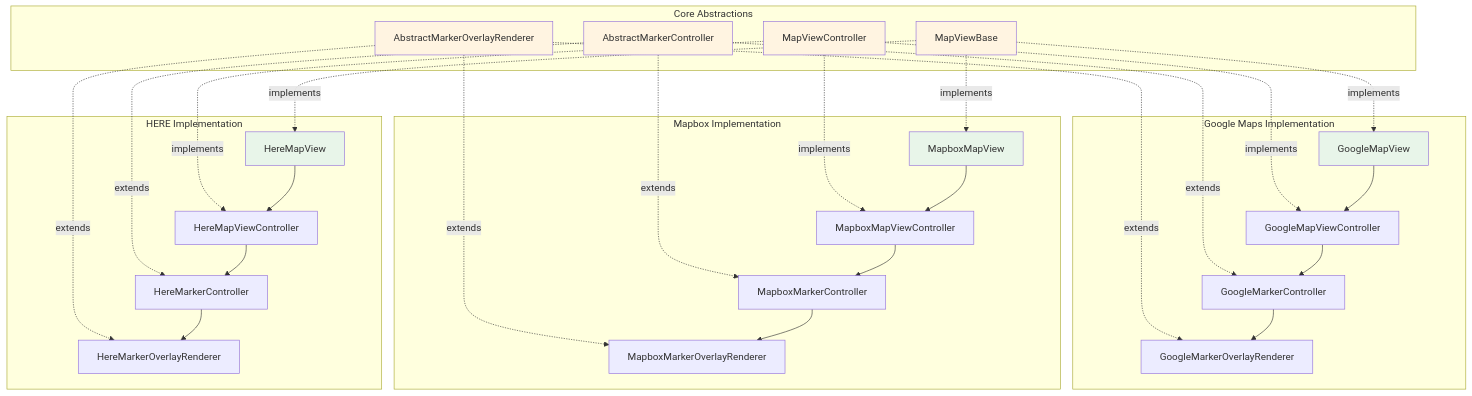
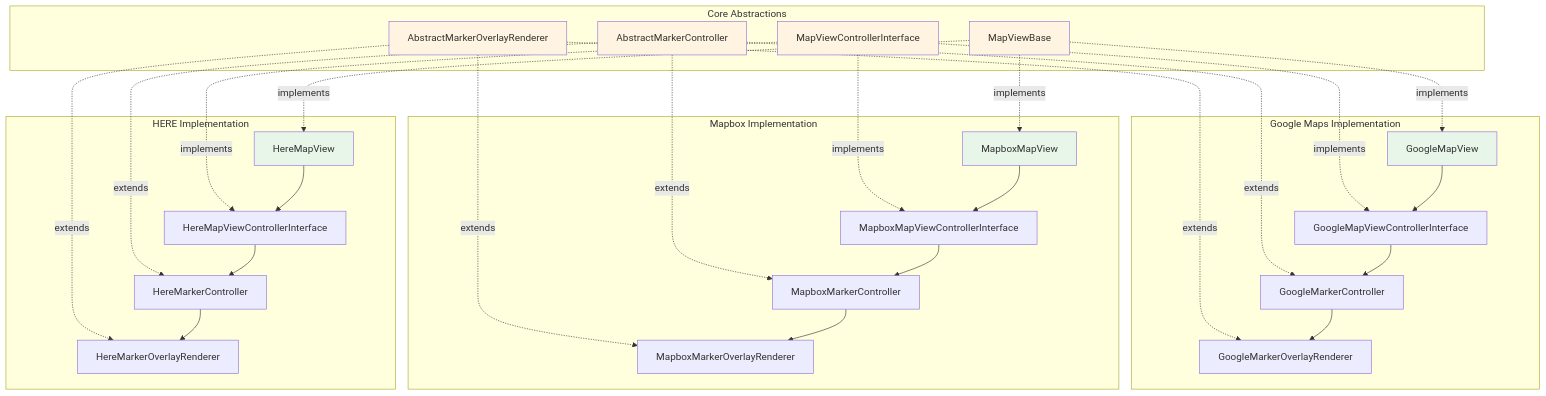
One commit to MapConductor/android-sdk changed the fourth of 11 diagrams in ARCHITECTURE.md. Above: the diagram before and after it, drawn with Mermaid. The commit also changed other lines of this file and 596 other files, not shown here.

````diff
--- a/ARCHITECTURE.md
+++ b/ARCHITECTURE.md
@@ -233,66 +233,66 @@
 ```mermaid
 graph TB
     subgraph Core Abstractions
         MAPBASE[MapViewBase]
-        CONTROLLER[MapViewController]
+        CONTROLLER[MapViewControllerInterface]
         MARKER_CTRL[AbstractMarkerController]
         MARKER_RENDER[AbstractMarkerOverlayRenderer]
     end
 
     subgraph Google Maps Implementation
         GOOGLE_VIEW[GoogleMapView]
-        GOOGLE_CTRL[GoogleMapViewController]
+        GOOGLE_CTRL[GoogleMapViewControllerInterface]
         GOOGLE_MARKER_CTRL[GoogleMarkerController]
         GOOGLE_MARKER_RENDER[GoogleMarkerOverlayRenderer]
     end
 
     subgraph Mapbox Implementation
         MAPBOX_VIEW[MapboxMapView]
-        MAPBOX_CTRL[MapboxMapViewController]
+        MAPBOX_CTRL[MapboxMapViewControllerInterface]
         MAPBOX_MARKER_CTRL[MapboxMarkerController]
         MAPBOX_MARKER_RENDER[MapboxMarkerOverlayRenderer]
     end
 
     subgraph HERE Implementation
         HERE_VIEW[HereMapView]
-        HERE_CTRL[HereMapViewController]
+        HERE_CTRL[HereMapViewControllerInterface]
         HERE_MARKER_CTRL[HereMarkerController]
         HERE_MARKER_RENDER[HereMarkerOverlayRenderer]
     end
 
     MAPBASE -.implements.-> GOOGLE_VIEW
     MAPBASE -.implements.-> MAPBOX_VIEW
     MAPBASE -.implements.-> HERE_VIEW
 
     CONTROLLER -.implements.-> GOOGLE_CTRL
     CONTROLLER -.implements.-> MAPBOX_CTRL
     CONTROLLER -.implements.-> HERE_CTRL
 
     MARKER_CTRL -.extends.-> GOOGLE_MARKER_CTRL
     MARKER_CTRL -.extends.-> MAPBOX_MARKER_CTRL
     MARKER_CTRL -.extends.-> HERE_MARKER_CTRL
 
     MARKER_RENDER -.extends.-> GOOGLE_MARKER_RENDER
     MARKER_RENDER -.extends.-> MAPBOX_MARKER_RENDER
     MARKER_RENDER -.extends.-> HERE_MARKER_RENDER
 
     GOOGLE_VIEW --> GOOGLE_CTRL
     MAPBOX_VIEW --> MAPBOX_CTRL
     HERE_VIEW --> HERE_CTRL
 
     GOOGLE_CTRL --> GOOGLE_MARKER_CTRL
     MAPBOX_CTRL --> MAPBOX_MARKER_CTRL
     HERE_CTRL --> HERE_MARKER_CTRL
 
     GOOGLE_MARKER_CTRL --> GOOGLE_MARKER_RENDER
     MAPBOX_MARKER_CTRL --> MAPBOX_MARKER_RENDER
     HERE_MARKER_CTRL --> HERE_MARKER_RENDER
 
     style MAPBASE fill:#fff4e1
     style CONTROLLER fill:#fff4e1
     style MARKER_CTRL fill:#fff4e1
     style MARKER_RENDER fill:#fff4e1
     style GOOGLE_VIEW fill:#e8f5e9
     style MAPBOX_VIEW fill:#e8f5e9
     style HERE_VIEW fill:#e8f5e9
 ```
````
